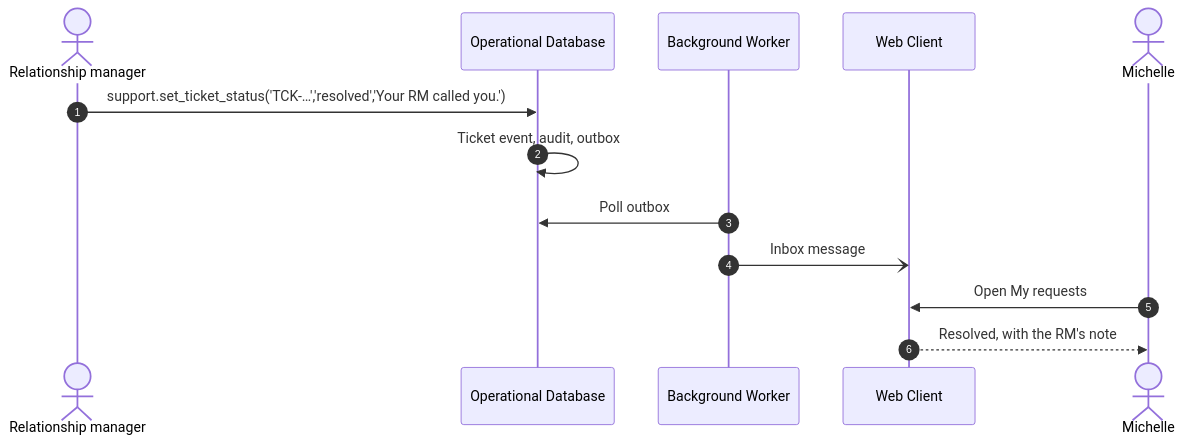
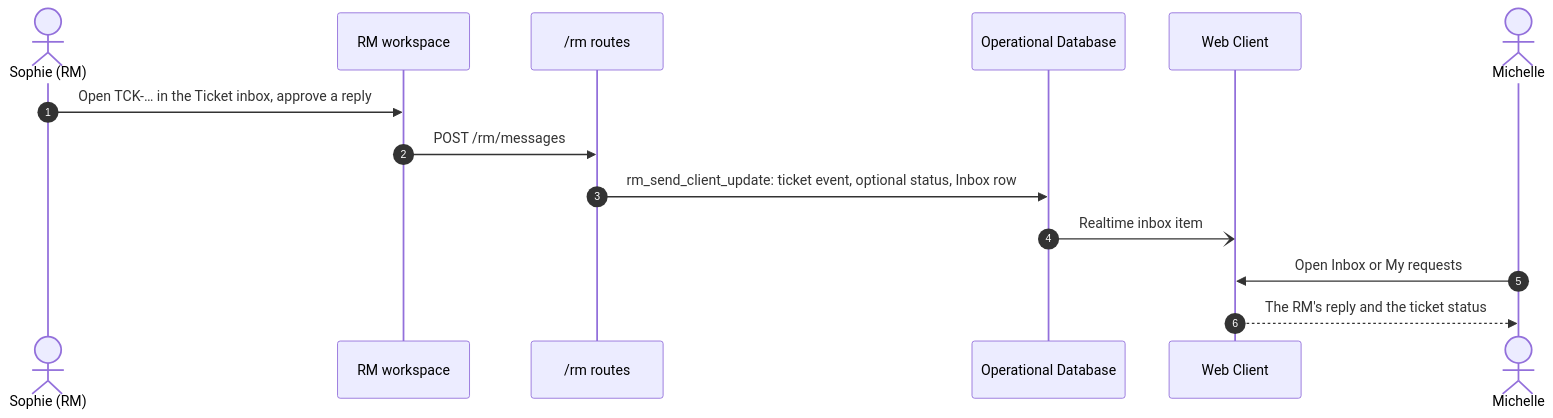
One commit to deniseLie/IS4000_Group7 changed the third of 4 diagrams in docs/architecture.md. Above: the diagram before and after it, drawn with Mermaid. The commit also changed other lines of this file and 12 other files, not shown here.

First line of the commit message:
Docs: architecture diagram and documentation brought up to the built system

````diff
--- a/docs/architecture.md
+++ b/docs/architecture.md
@@ -741,16 +695,17 @@
 ```mermaid
 sequenceDiagram
   autonumber
-  actor R as Relationship manager
+  actor R as Sophie (RM)
+  participant RMW as RM workspace
+  participant API as /rm routes
   participant DB as Operational Database
-  participant WK as Background Worker
   participant WEB as Web Client
   actor M as Michelle
 
-  R->>DB: support.set_ticket_status('TCK-…','resolved','Your RM called you.')
-  DB->>DB: Ticket event, audit, outbox
-  WK->>DB: Poll outbox
-  WK-)WEB: Inbox message
-  M->>WEB: Open My requests
-  WEB-->>M: Resolved, with the RM's note
+  R->>RMW: Open TCK-… in the Ticket inbox, approve a reply
+  RMW->>API: POST /rm/messages
+  API->>DB: rm_send_client_update: ticket event, optional status, Inbox row
+  DB-)WEB: Realtime inbox item
+  M->>WEB: Open Inbox or My requests
+  WEB-->>M: The RM's reply and the ticket status
 ```
````
